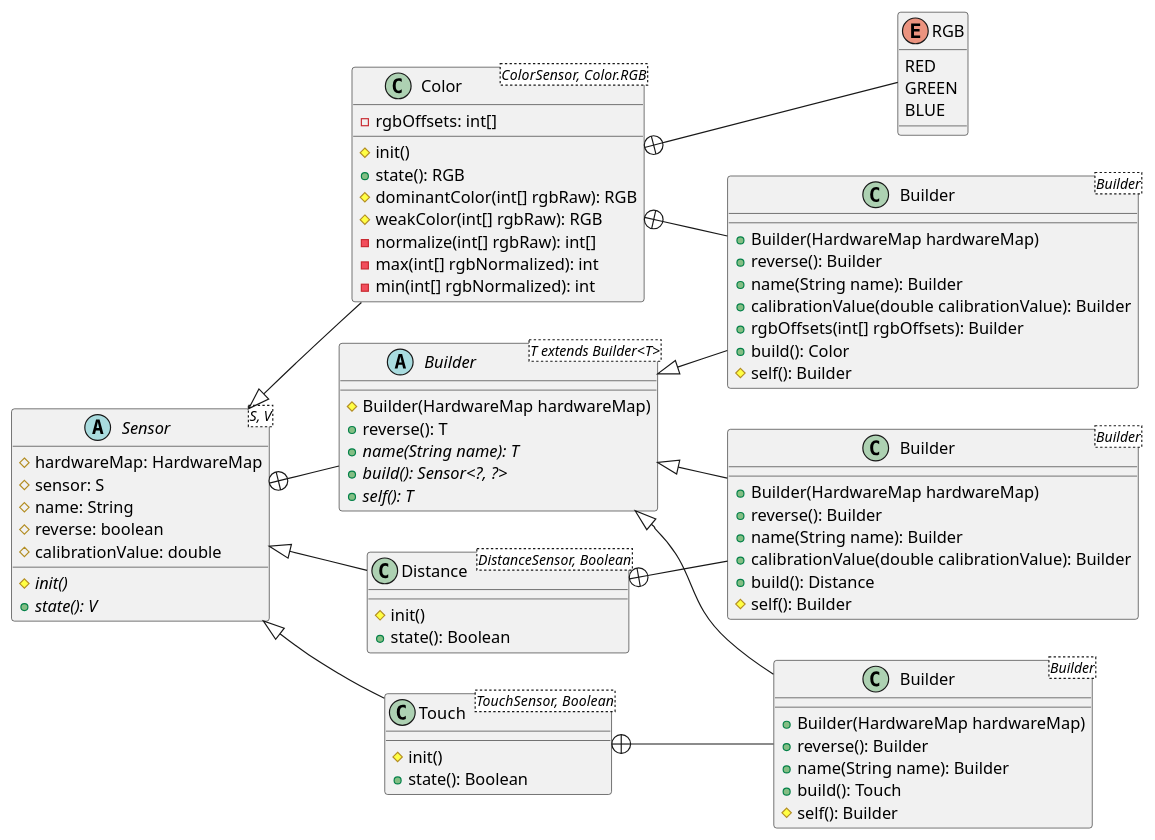
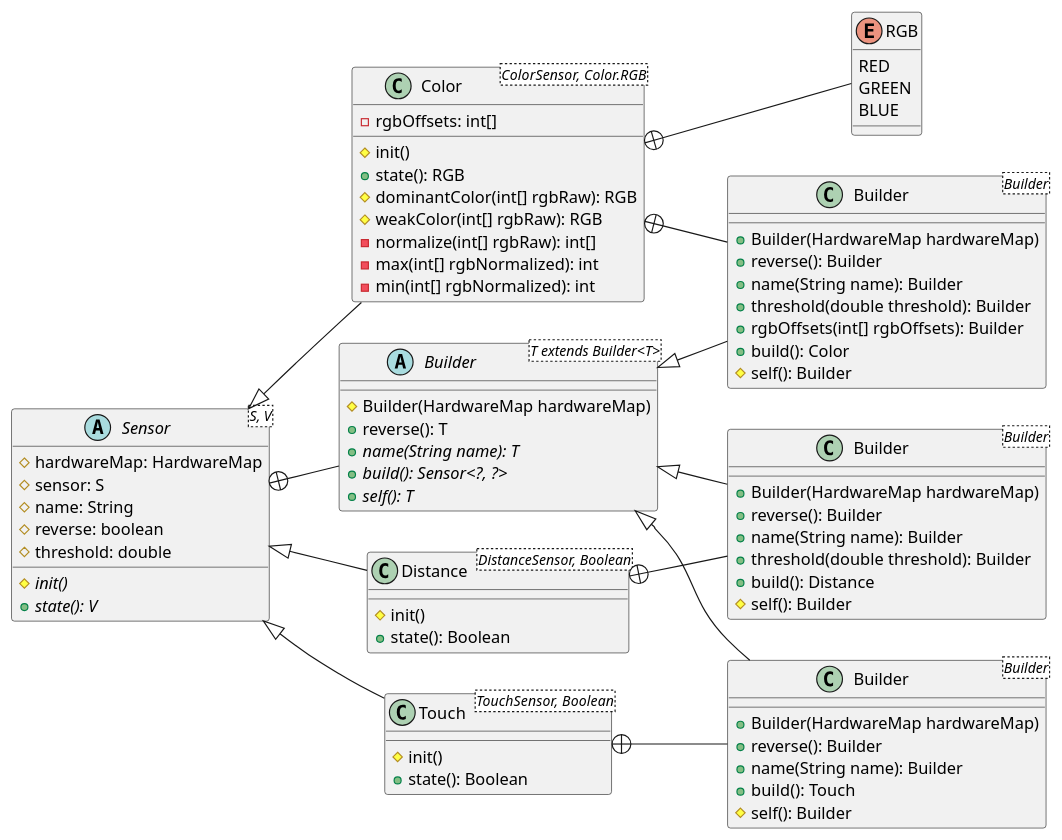
The diagram in docs/uml/src/sensor.puml (Collegiate-Edu-Nation/easy-ftc), drawn with PlantUML before and after one commit. The commit also changed 7 other files, not shown here.

Commit message:
chore: rp calibrationValue w/ threshold

```diff
--- a/docs/uml/src/sensor.puml
+++ b/docs/uml/src/sensor.puml
@@ -1,93 +1,93 @@
 @startuml
 
 left to right direction
 
 abstract class Sensor<S, V> {
     # hardwareMap: HardwareMap
     # sensor: S
     # name: String
     # reverse: boolean
-    # calibrationValue: double
+    # threshold: double
     {abstract}# init()
     {abstract}+ state(): V
 }
 
 abstract class "Builder<T extends Builder<T>>" as Sensor_Builder {
     # Builder(HardwareMap hardwareMap)
     + reverse(): T
     {abstract}+ name(String name): T
     {abstract}+ build(): Sensor<?, ?>
     {abstract}+ self(): T
 }
 
 class Color<ColorSensor, Color.RGB> {
     - rgbOffsets: int[]
     # init()
     + state(): RGB
     # dominantColor(int[] rgbRaw): RGB
     # weakColor(int[] rgbRaw): RGB
     - normalize(int[] rgbRaw): int[]
     - max(int[] rgbNormalized): int
     - min(int[] rgbNormalized): int
 }
 
 class Distance<DistanceSensor, Boolean> {
     # init()
     + state(): Boolean
 }
 
 class Touch<TouchSensor, Boolean> {
     # init()
     + state(): Boolean
 }
 
 class "Builder<Builder>" as Color_Builder {
     + Builder(HardwareMap hardwareMap)
     + reverse(): Builder
     + name(String name): Builder
-    + calibrationValue(double calibrationValue): Builder
+    + threshold(double threshold): Builder
     + rgbOffsets(int[] rgbOffsets): Builder
     + build(): Color
     # self(): Builder
 }
 
 class "Builder<Builder>" as Distance_Builder {
     + Builder(HardwareMap hardwareMap)
     + reverse(): Builder
     + name(String name): Builder
-    + calibrationValue(double calibrationValue): Builder
+    + threshold(double threshold): Builder
     + build(): Distance
     # self(): Builder
 }
 
 class "Builder<Builder>" as Touch_Builder {
     + Builder(HardwareMap hardwareMap)
     + reverse(): Builder
     + name(String name): Builder
     + build(): Touch
     # self(): Builder
 }
 
 enum RGB {
     RED
     GREEN
     BLUE
 }
 
 Sensor <|-- Color
 Sensor <|-- Distance
 Sensor <|-- Touch
 
 Sensor_Builder <|-- Color_Builder
 Sensor_Builder <|-- Distance_Builder
 Sensor_Builder <|-- Touch_Builder
 
 Sensor +-- Sensor_Builder
 
 Color +-- Color_Builder
 Distance +-- Distance_Builder
 Touch +-- Touch_Builder
 
 Color +-- RGB
 
 @enduml
```
